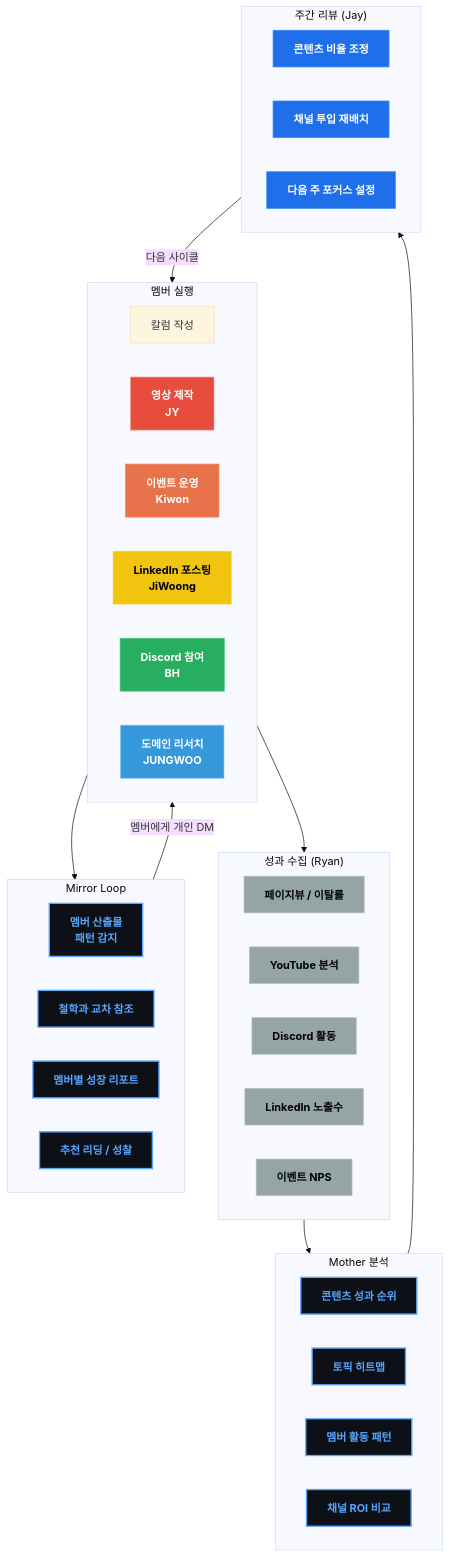
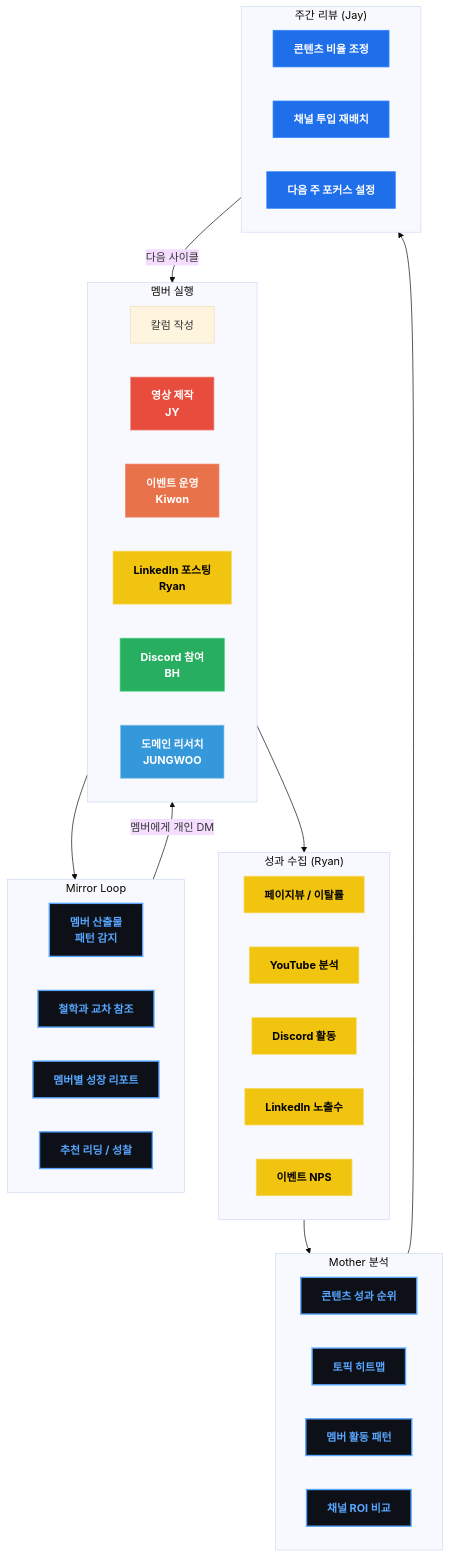
Before and after one commit to JeHyeong2/hypeprooflab: the diagram in products/hypeproof-workflow-diagrams/d5-color.mmd, drawn with Mermaid (base theme). The commit also changed 35 other files, not shown here.

First line of the commit message:
fix: merge JiWoong→Ryan, add Academy pipeline, 8 members

```diff
--- a/products/hypeproof-workflow-diagrams/d5-color.mmd
+++ b/products/hypeproof-workflow-diagrams/d5-color.mmd
@@ -1,66 +1,64 @@
 flowchart TB
     subgraph EXECUTE["멤버 실행"]
         E1["칼럼 작성"]
         E2["영상 제작<br/>JY"]
         E3["이벤트 운영<br/>Kiwon"]
-        E4["LinkedIn 포스팅<br/>JiWoong"]
+        E4["LinkedIn 포스팅<br/>Ryan"]
         E5["Discord 참여<br/>BH"]
         E6["도메인 리서치<br/>JUNGWOO"]
     end
 
     subgraph COLLECT["성과 수집 (Ryan)"]
         M1["페이지뷰 / 이탈률"]
         M2["YouTube 분석"]
         M3["Discord 활동"]
         M4["LinkedIn 노출수"]
         M5["이벤트 NPS"]
     end
 
     subgraph ANALYZE["Mother 분석"]
         AN1["콘텐츠 성과 순위"]
         AN2["토픽 히트맵"]
         AN3["멤버 활동 패턴"]
         AN4["채널 ROI 비교"]
     end
 
     subgraph MIRROR_LOOP["Mirror Loop"]
         ML1["멤버 산출물<br/>패턴 감지"]
         ML2["철학과 교차 참조"]
         ML3["멤버별 성장 리포트"]
         ML4["추천 리딩 / 성찰"]
     end
 
     subgraph DECIDE["주간 리뷰 (Jay)"]
         DEC1["콘텐츠 비율 조정"]
         DEC2["채널 투입 재배치"]
         DEC3["다음 주 포커스 설정"]
     end
 
     EXECUTE --> COLLECT
     COLLECT --> ANALYZE
     ANALYZE --> DECIDE
     DECIDE -->|"다음 사이클"| EXECUTE
 
     EXECUTE --> MIRROR_LOOP
     MIRROR_LOOP -->|"멤버에게 개인 DM"| EXECUTE
 
     classDef jay fill:#1f6feb,stroke:#388bfd,color:#fff,font-weight:bold
     classDef kiwon fill:#e8734a,stroke:#f78166,color:#fff,font-weight:bold
-    classDef jiwoong fill:#f1c40f,stroke:#f7dc6f,color:#000,font-weight:bold
+    classDef ryan fill:#f1c40f,stroke:#f7dc6f,color:#000,font-weight:bold
     classDef jy fill:#e74c3c,stroke:#f1948a,color:#fff,font-weight:bold
     classDef tj fill:#8b4513,stroke:#cd853f,color:#fff,font-weight:bold
     classDef jehyeong fill:#9b59b6,stroke:#bb8fce,color:#fff,font-weight:bold
     classDef bh fill:#27ae60,stroke:#58d68d,color:#fff,font-weight:bold
     classDef jungwoo fill:#3498db,stroke:#85c1e9,color:#fff,font-weight:bold
-    classDef ryan fill:#95a5a6,stroke:#bdc3c7,color:#000,font-weight:bold
     classDef mother fill:#0d1117,stroke:#58a6ff,color:#58a6ff,font-weight:bold,stroke-width:2px
 
     class DEC1,DEC2,DEC3 jay
     class E3 kiwon
-    class E4 jiwoong
+    class E4,M1,M2,M3,M4,M5 ryan
     class E2 jy
     class E5 bh
     class E6 jungwoo
-    class M1,M2,M3,M4,M5 ryan
     class AN1,AN2,AN3,AN4 mother
     class ML1,ML2,ML3,ML4 mother
```
